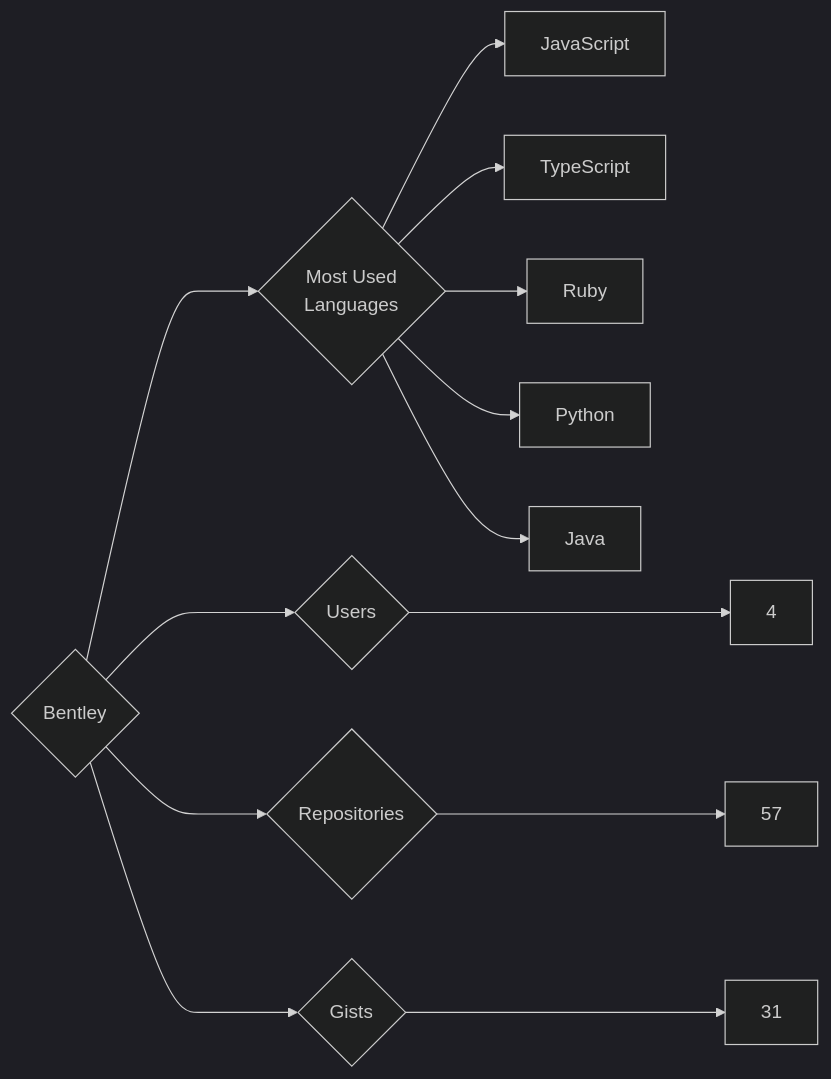
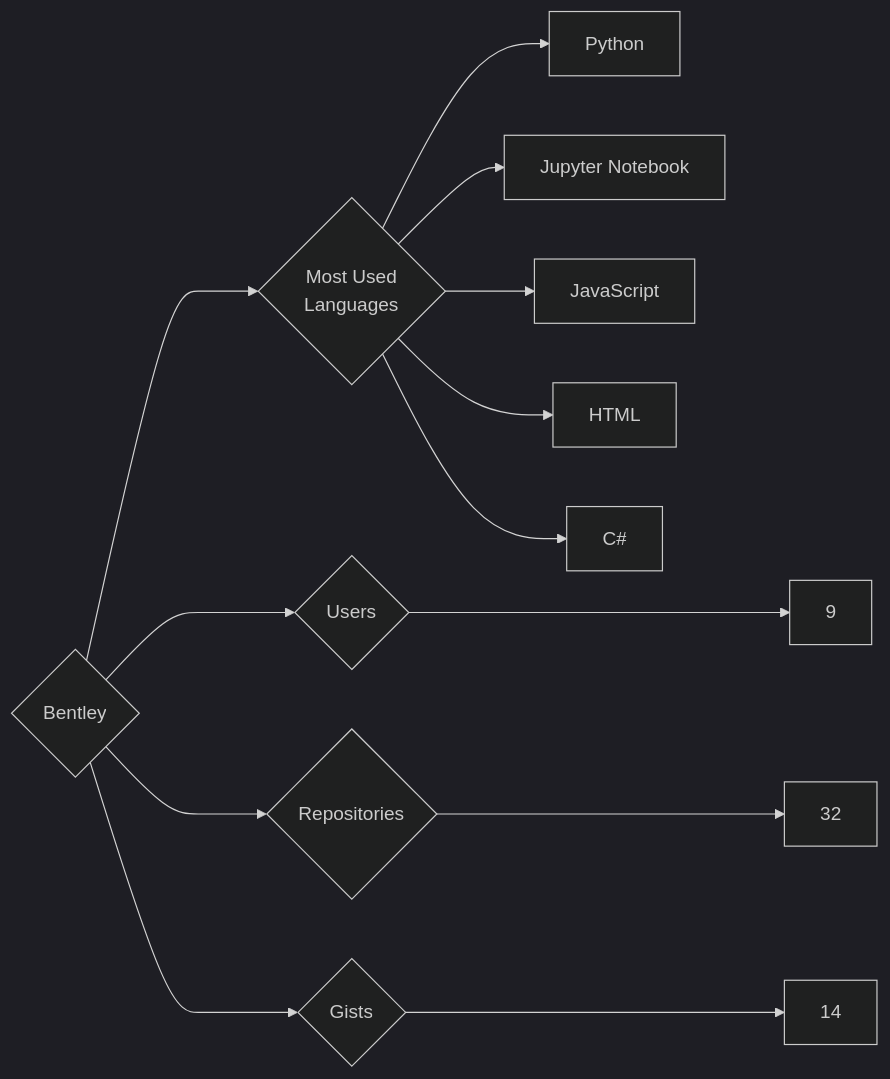
One commit to trickest/insiders changed the diagram in targets/Bentley/README.md. Above: the diagram before and after it, drawn with Mermaid (dark theme). The commit also changed 718 other files, not shown here.

````diff
--- a/targets/Bentley/README.md
+++ b/targets/Bentley/README.md
@@ -3,13 +3,13 @@
 ```mermaid
 graph LR
 COMPANY_NAME{Bentley}
-COMPANY_NAME ---> U{Users} ---> UN[4]
-COMPANY_NAME ---> R{Repositories} ---> RN[57]
-COMPANY_NAME ---> G{Gists} ---> GN[31]
+COMPANY_NAME ---> U{Users} ---> UN[9]
+COMPANY_NAME ---> R{Repositories} ---> RN[32]
+COMPANY_NAME ---> G{Gists} ---> GN[14]
 COMPANY_NAME ---> ML{Most Used<br>Languages}
+ML --> Python[Python]
+ML --> Jupyter_Notebook[Jupyter Notebook]
 ML --> JavaScript[JavaScript]
-ML --> TypeScript[TypeScript]
-ML --> Ruby[Ruby]
-ML --> Python[Python]
-ML --> Java[Java]
+ML --> HTML[HTML]
+ML --> C#[C#]
 ```
````
